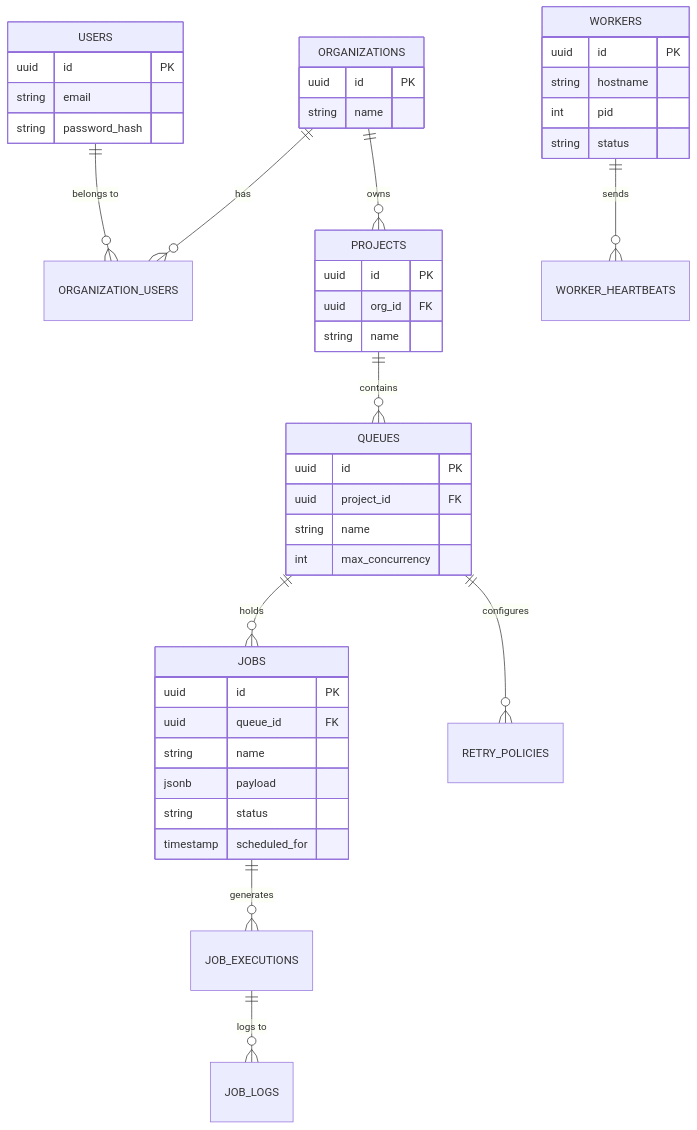
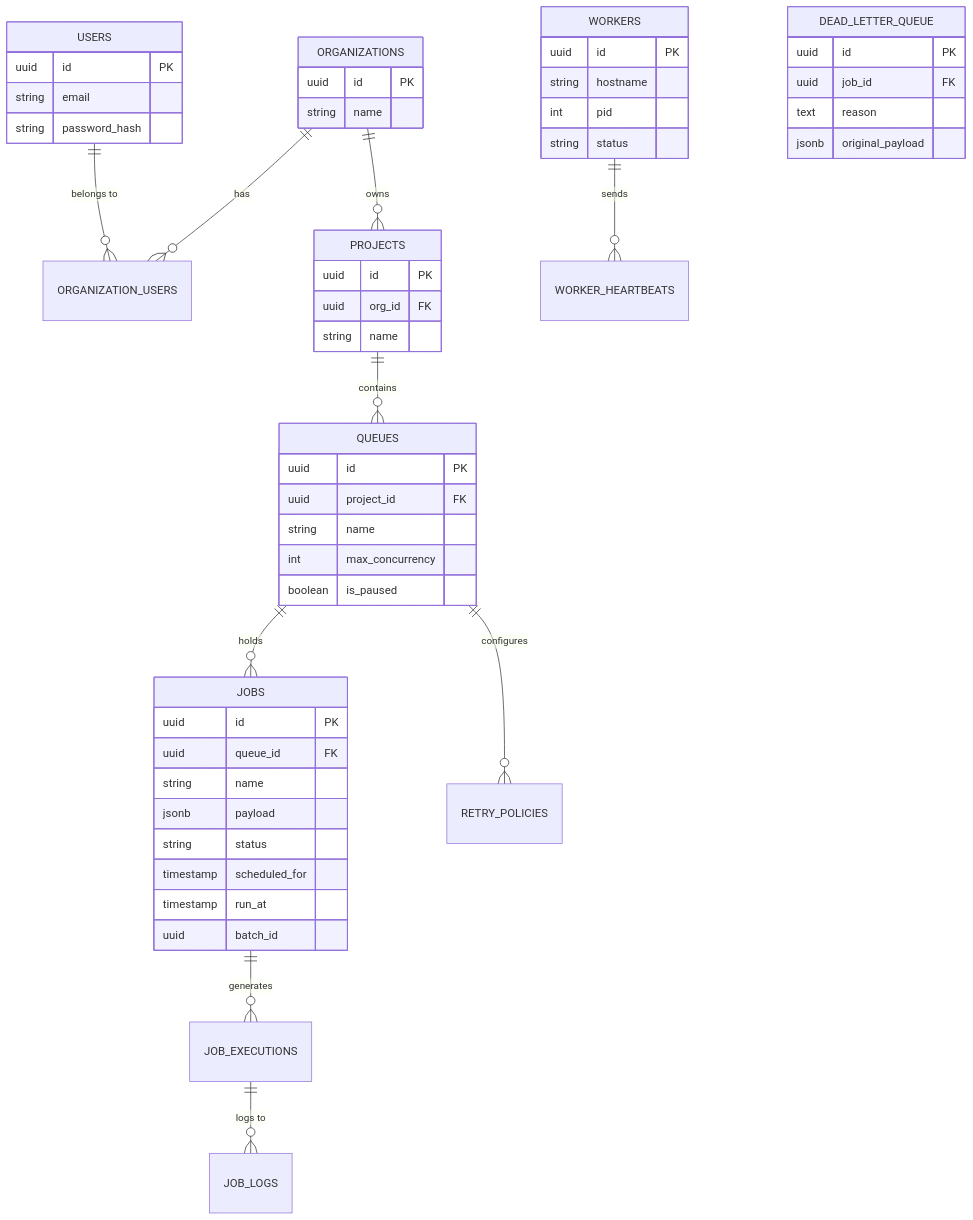
One commit to Praneeth2607/Distributed-Job-Scheduler changed the second of 2 diagrams in Deliverables.md. Above: the diagram before and after it, drawn with Mermaid. The commit also changed other lines of this file, not shown here.

Commit message:
docs: heavily expand Deliverables.md with detailed API specs and architecture breakdowns

````diff
--- a/Deliverables.md
+++ b/Deliverables.md
@@ -28,47 +73,56 @@
 ```mermaid
 erDiagram
     USERS ||--o{ ORGANIZATION_USERS : "belongs to"
     ORGANIZATIONS ||--o{ ORGANIZATION_USERS : "has"
     ORGANIZATIONS ||--o{ PROJECTS : "owns"
     PROJECTS ||--o{ QUEUES : "contains"
     QUEUES ||--o{ JOBS : "holds"
     QUEUES ||--o{ RETRY_POLICIES : "configures"
     WORKERS ||--o{ WORKER_HEARTBEATS : "sends"
     JOBS ||--o{ JOB_EXECUTIONS : "generates"
     JOB_EXECUTIONS ||--o{ JOB_LOGS : "logs to"
     
     USERS {
         uuid id PK
         string email
         string password_hash
     }
     ORGANIZATIONS {
         uuid id PK
         string name
     }
     PROJECTS {
         uuid id PK
         uuid org_id FK
         string name
     }
     QUEUES {
         uuid id PK
         uuid project_id FK
         string name
         int max_concurrency
+        boolean is_paused
     }
     JOBS {
         uuid id PK
         uuid queue_id FK
         string name
         jsonb payload
         string status
         timestamp scheduled_for
+        timestamp run_at
+        uuid batch_id
     }
     WORKERS {
         uuid id PK
         string hostname
         int pid
         string status
     }
+    DEAD_LETTER_QUEUE {
+        uuid id PK
+        uuid job_id FK
+        text reason
+        jsonb original_payload
+    }
 ```
````
